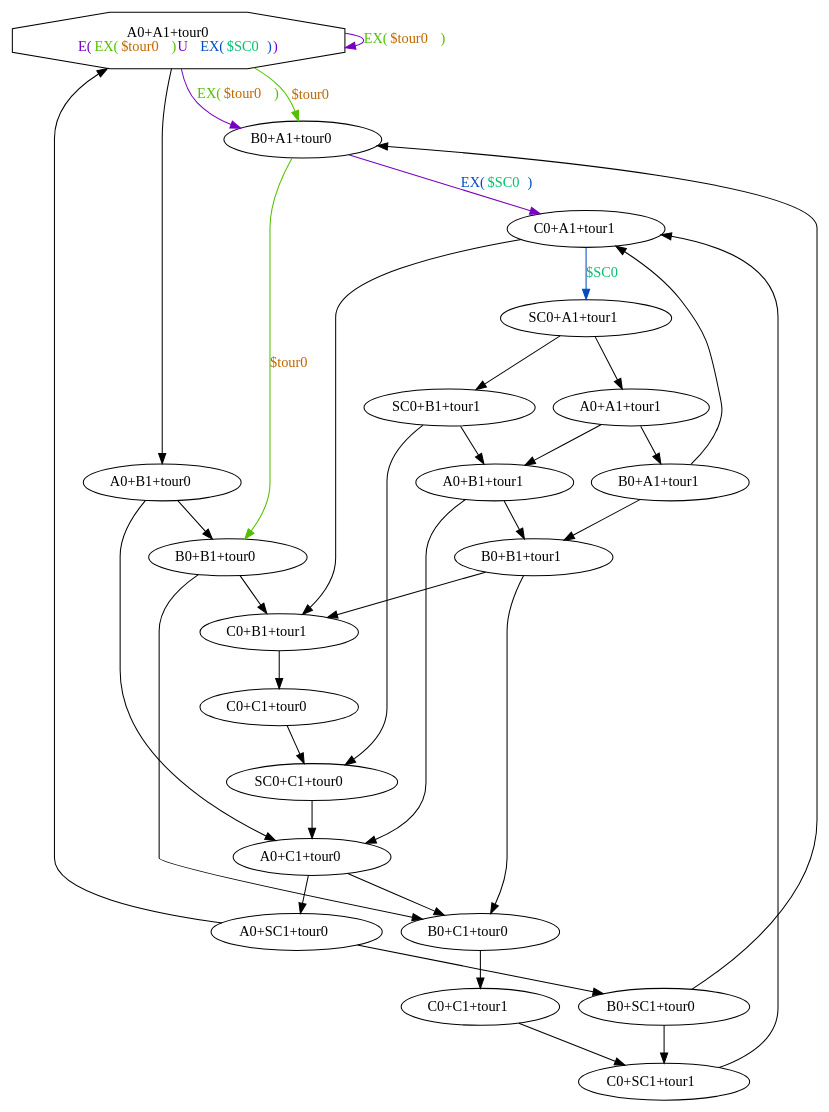
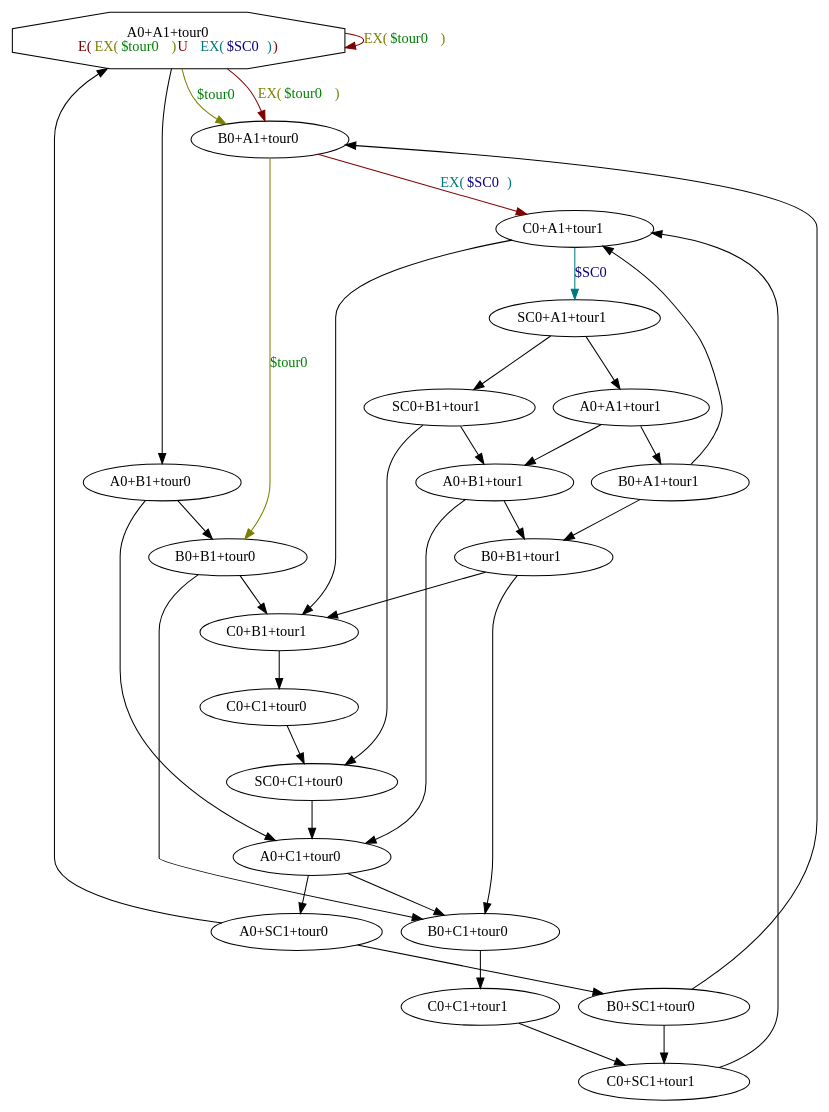
One commit to howiepowie/m1projctl2012g6 changed the diagram in test justifie 9.dot. Above: the diagram before and after it, drawn with Graphviz. The commit also changed 47 other files, not shown here.

```diff
--- a/test justifie 9.dot
+++ b/test justifie 9.dot
@@ -1,58 +1,58 @@
 digraph system {
-N0 [label=<A0+A1+tour0<BR/><FONT COLOR="0.7699998 1 0.75">E(<FONT COLOR="0.25999978 1 0.75">EX(<FONT COLOR="0.089999795 1 0.75">$tour0</FONT>)</FONT> U <FONT COLOR="0.5999998 1 0.75">EX(<FONT COLOR="0.42999977 1 0.75">$SC0</FONT>)</FONT>)</FONT>>,shape=octagon]
+N0 [label=<A0+A1+tour0<BR/><FONT COLOR="0.0 1 0.5">E(<FONT COLOR="0.17 1 0.5">EX(<FONT COLOR="0.34 1 0.5">$tour0</FONT>)</FONT> U <FONT COLOR="0.51 1 0.5">EX(<FONT COLOR="0.68 1 0.5">$SC0</FONT>)</FONT>)</FONT>>,shape=octagon]
 N1 [label=<B0+A1+tour0>]
 N2 [label=<C0+A1+tour1>]
 N3 [label=<SC0+A1+tour1>]
 N4 [label=<A0+A1+tour1>]
 N5 [label=<B0+A1+tour1>]
 N6 [label=<B0+B1+tour1>]
 N7 [label=<C0+B1+tour1>]
 N8 [label=<C0+C1+tour0>]
 N9 [label=<SC0+C1+tour0>]
 N10 [label=<A0+C1+tour0>]
 N11 [label=<B0+C1+tour0>]
 N12 [label=<C0+C1+tour1>]
 N13 [label=<C0+SC1+tour1>]
 N14 [label=<A0+SC1+tour0>]
 N15 [label=<B0+SC1+tour0>]
 N16 [label=<A0+B1+tour1>]
 N17 [label=<SC0+B1+tour1>]
 N18 [label=<B0+B1+tour0>]
 N19 [label=<A0+B1+tour0>]
 N0 -> N19
 N2 -> N7
 N3 -> N4
 N3 -> N17
 N4 -> N5
 N4 -> N16
 N5 -> N2
 N5 -> N6
 N6 -> N7
 N6 -> N11
 N7 -> N8
 N8 -> N9
 N9 -> N10
 N10 -> N11
 N10 -> N14
 N11 -> N12
 N12 -> N13
 N13 -> N2
 N14 -> N15
 N14 -> N0
 N15 -> N13
 N15 -> N1
 N16 -> N6
 N16 -> N10
 N17 -> N16
 N17 -> N9
 N18 -> N7
 N18 -> N11
 N19 -> N18
 N19 -> N10
-N0 -> N1 [color="0.7699998 1 0.75",label=<<FONT COLOR="0.25999978 1 0.75">EX(<FONT COLOR="0.089999795 1 0.75">$tour0</FONT>)</FONT>>]
-N1 -> N2 [color="0.7699998 1 0.75",label=<<FONT COLOR="0.5999998 1 0.75">EX(<FONT COLOR="0.42999977 1 0.75">$SC0</FONT>)</FONT>>]
-N0 -> N0 [color="0.7699998 1 0.75",label=<<FONT COLOR="0.25999978 1 0.75">EX(<FONT COLOR="0.089999795 1 0.75">$tour0</FONT>)</FONT>>]
-N1 -> N18 [color="0.25999978 1 0.75",label=<<FONT COLOR="0.089999795 1 0.75">$tour0</FONT>>]
-N0 -> N1 [color="0.25999978 1 0.75",label=<<FONT COLOR="0.089999795 1 0.75">$tour0</FONT>>]
-N2 -> N3 [color="0.5999998 1 0.75",label=<<FONT COLOR="0.42999977 1 0.75">$SC0</FONT>>]
+N1 -> N18 [color="0.17 1 0.5",label=<<FONT COLOR="0.34 1 0.5">$tour0</FONT>>]
+N0 -> N1 [color="0.17 1 0.5",label=<<FONT COLOR="0.34 1 0.5">$tour0</FONT>>]
+N2 -> N3 [color="0.51 1 0.5",label=<<FONT COLOR="0.68 1 0.5">$SC0</FONT>>]
+N0 -> N0 [color="0.0 1 0.5",label=<<FONT COLOR="0.17 1 0.5">EX(<FONT COLOR="0.34 1 0.5">$tour0</FONT>)</FONT>>]
+N1 -> N2 [color="0.0 1 0.5",label=<<FONT COLOR="0.51 1 0.5">EX(<FONT COLOR="0.68 1 0.5">$SC0</FONT>)</FONT>>]
+N0 -> N1 [color="0.0 1 0.5",label=<<FONT COLOR="0.17 1 0.5">EX(<FONT COLOR="0.34 1 0.5">$tour0</FONT>)</FONT>>]
 }
```
